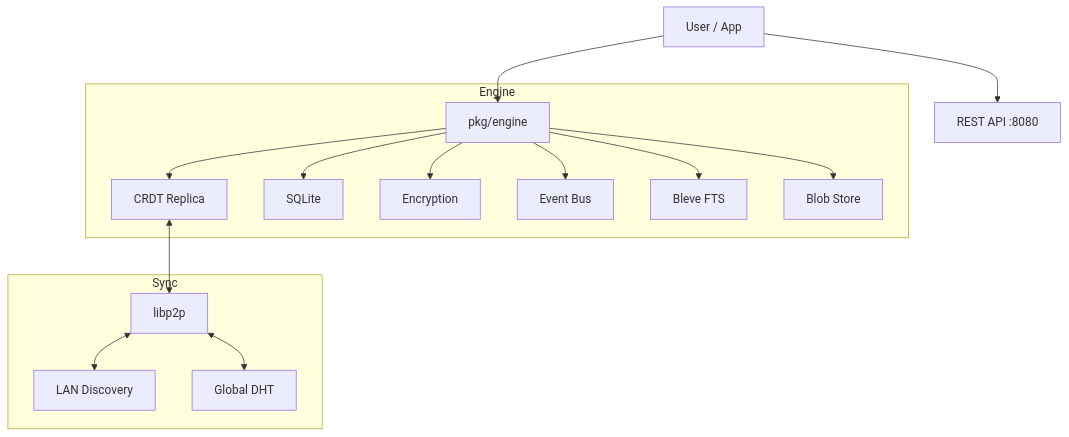
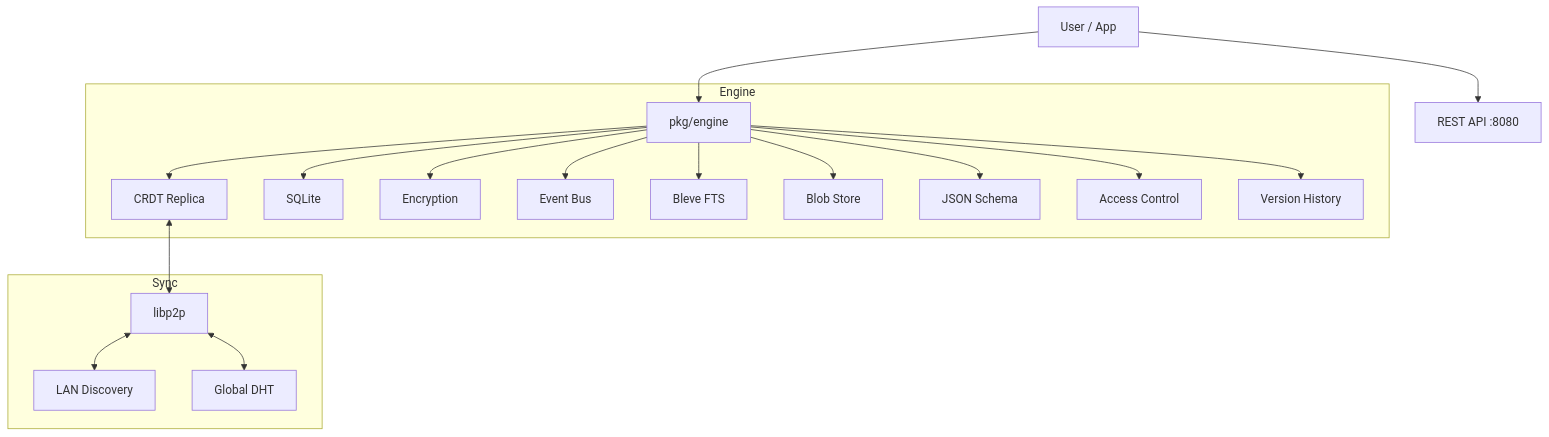
One commit to amaydixit11/acorde changed the diagram in README.md. Above: the diagram before and after it, drawn with Mermaid. The commit also changed other lines of this file and 30 other files, not shown here.

````diff
--- a/README.md
+++ b/README.md
@@ -210,20 +234,23 @@
 ```mermaid
 graph TD
     User[User / App] --> API[pkg/engine]
     User --> REST[REST API :8080]
     
     subgraph Engine
         API --> CRDT[CRDT Replica]
         API --> Store[SQLite]
         API --> Crypto[Encryption]
         API --> Events[Event Bus]
         API --> Search[Bleve FTS]
         API --> Blobs[Blob Store]
+        API --> Schema[JSON Schema]
+        API --> ACL[Access Control]
+        API --> Version[Version History]
     end
     
     subgraph Sync
         CRDT <--> P2P[libp2p]
         P2P <--> mDNS[LAN Discovery]
         P2P <--> DHT[Global DHT]
     end
 ```
````
